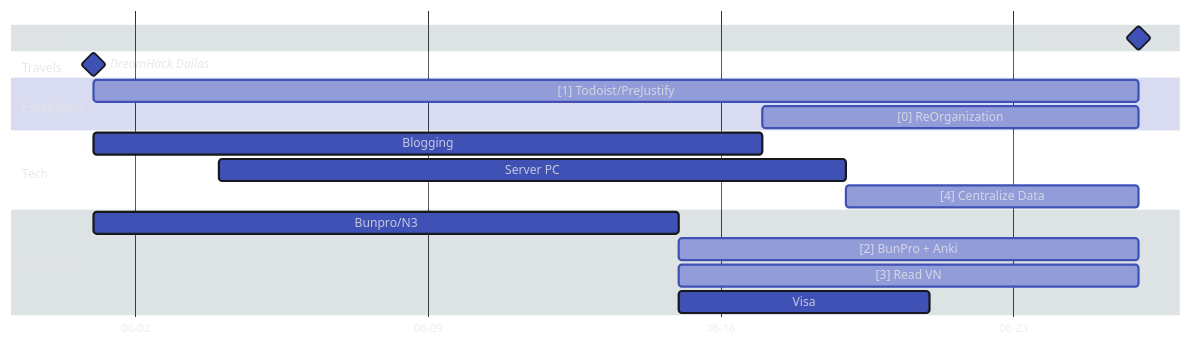
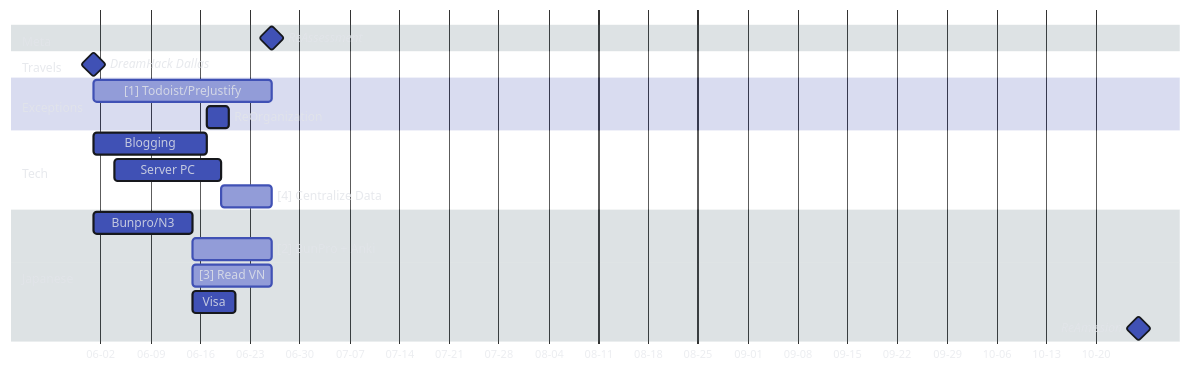
One commit to Serralq/Project-Norn changed the first of 2 diagrams in docs/index.md. Above: the diagram before and after it, drawn with Mermaid. The commit also changed other lines of this file, not shown here.

````diff
--- a/docs/index.md
+++ b/docs/index.md
@@ -48,46 +49,46 @@
     ``` mermaid
     %%{
       init: {
         'theme': 'base',
         'themeVariables': {
           'darkMode': 'true',
           'fontFamily': 'hermit',
           'primaryColor': '#4051b5',
           'primaryBorderColor': '#16181D',
           'tertiaryColor': '#546d78',
           'tertiaryTextColor': '#E2E4E9D1',
           'textColor': '#E2E4E9D1',
           'noteTextColor': '#E2E4E9D1'
         }
       }
     }%%
     gantt
       dateFormat YY-MM-DD
       axisFormat %m-%d
       tickInterval 1week
       todayMarker stroke-width:3px,stroke:#E2E4E9,opacity:0.5
 
       section Meta
         ReAssessment              :milestone,  m1, 24-06-26, 0d
 
       section Travels
-        DreamHack Dallas          :milestone,  v1, 24-06-01, 0d
-
+        DreamHack Dallas          :milestone,  v1 , 24-06-01, 0d
       section Exceptions
-        [1] Todoist/PreJustify        :active,     m2, 24-06-01, until m1
-        [0] ReOrganization            :active,     m3, 24-06-17, until m1
-
+        [1] Todoist/PreJustify        :active,     m2 , 24-06-01, until m1
+        ReOrganization            :            m3 , 24-06-17, 24-06-20
       section Tech
-        Blogging                  :            t1, 24-06-01, 24-06-17
-        Server PC                 :            t2, 24-06-04, 24-06-19
-        [4] Centralize Data           :active,     t3, 24-06-19, until m1
+        Blogging                  :            t1 , 24-06-01, 24-06-17
+        Server PC                 :            t2 , 24-06-04, 24-06-19
+        [4] Centralize Data           :active,     t3 , 24-06-19, until m1
 
       section Japanese
-        Bunpro/N3                 :            j1, 24-06-01, 24-06-15
-        [2] BunPro + Anki             :active,     j2, after j1, until m1
-        [3] Read VN                   :active,     j3, after j1, until m1
-        Visa                      :            j4, 24-06-15, 24-06-21
+        Bunpro/N3                 :            j1 , 24-06-01, 24-06-15
+        [2] BunPro + Anki             :active,     j2 , after j1, until m1
+        [3] Read VN                   :active,     j3 , after j1, until m1
+        Visa                      :            j4 , 24-06-15, 24-06-21
 
+        %% Futures
+        ReAmission                :milestone,  j10, 24-10-26, 0d
       section Stationaries
 
     ```
````
